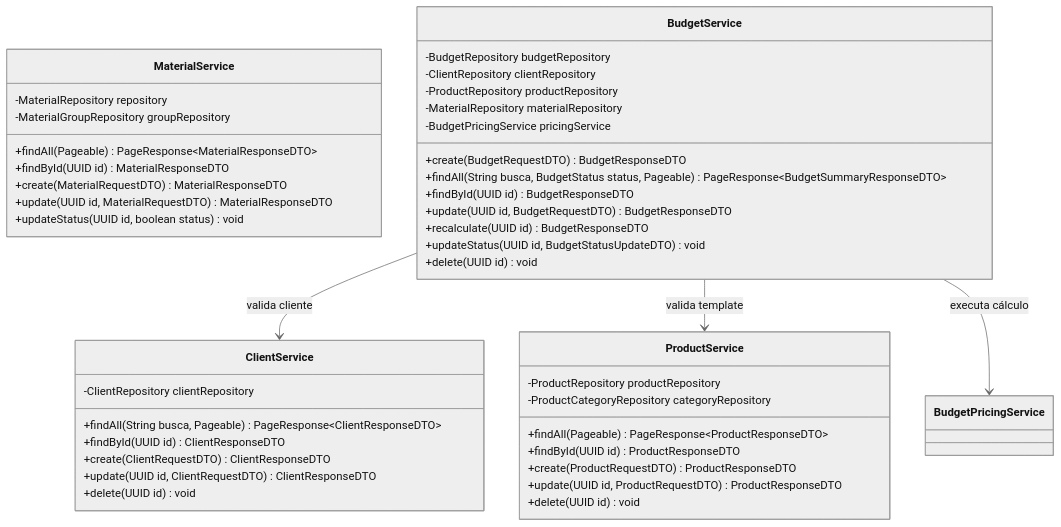
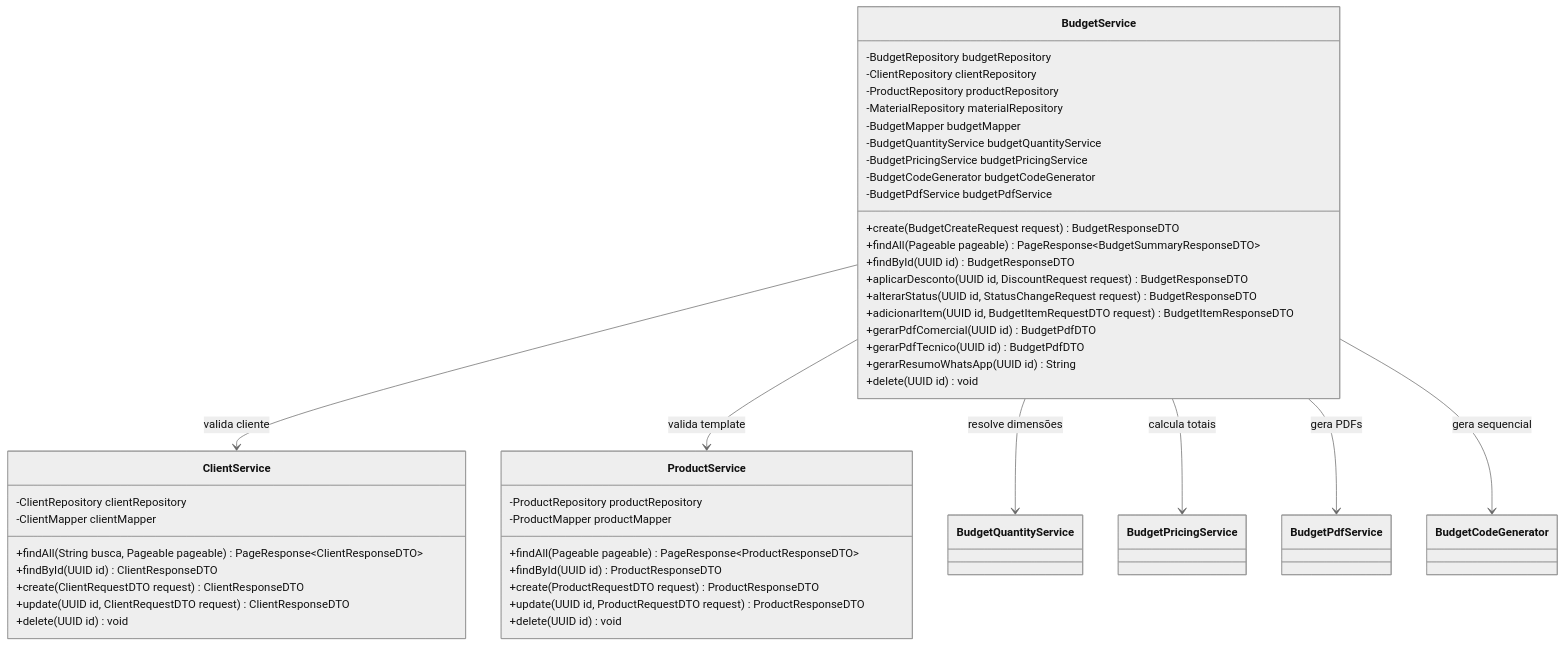
The fourth of 5 diagrams in docs/sistema/001-analise-projeto/DCC-Diagramas_de_Classes.md (ADS-IFPB-SR/alumigest), drawn with Mermaid (neutral theme) before and after one commit. The commit also changed other lines of this file and 431 other files, not shown here.

````diff
--- a/docs/sistema/001-analise-projeto/DCC-Diagramas_de_Classes.md
+++ b/docs/sistema/001-analise-projeto/DCC-Diagramas_de_Classes.md
@@ -172,50 +326,51 @@
 ```mermaid
 classDiagram
     class ClientService {
         -ClientRepository clientRepository
-        +findAll(String busca, Pageable) PageResponse~ClientResponseDTO~
+        -ClientMapper clientMapper
+        +findAll(String busca, Pageable pageable) PageResponse~ClientResponseDTO~
         +findById(UUID id) ClientResponseDTO
-        +create(ClientRequestDTO) ClientResponseDTO
-        +update(UUID id, ClientRequestDTO) ClientResponseDTO
+        +create(ClientRequestDTO request) ClientResponseDTO
+        +update(UUID id, ClientRequestDTO request) ClientResponseDTO
         +delete(UUID id) void
-    }
-
-    class MaterialService {
-        -MaterialRepository repository
-        -MaterialGroupRepository groupRepository
-        +findAll(Pageable) PageResponse~MaterialResponseDTO~
-        +findById(UUID id) MaterialResponseDTO
-        +create(MaterialRequestDTO) MaterialResponseDTO
-        +update(UUID id, MaterialRequestDTO) MaterialResponseDTO
-        +updateStatus(UUID id, boolean status) void
     }
 
     class ProductService {
         -ProductRepository productRepository
-        -ProductCategoryRepository categoryRepository
-        +findAll(Pageable) PageResponse~ProductResponseDTO~
+        -ProductMapper productMapper
+        +findAll(Pageable pageable) PageResponse~ProductResponseDTO~
         +findById(UUID id) ProductResponseDTO
-        +create(ProductRequestDTO) ProductResponseDTO
-        +update(UUID id, ProductRequestDTO) ProductResponseDTO
+        +create(ProductRequestDTO request) ProductResponseDTO
+        +update(UUID id, ProductRequestDTO request) ProductResponseDTO
         +delete(UUID id) void
     }
 
     class BudgetService {
         -BudgetRepository budgetRepository
         -ClientRepository clientRepository
         -ProductRepository productRepository
         -MaterialRepository materialRepository
-        -BudgetPricingService pricingService
-        +create(BudgetRequestDTO) BudgetResponseDTO
-        +findAll(String busca, BudgetStatus status, Pageable) PageResponse~BudgetSummaryResponseDTO~
+        -BudgetMapper budgetMapper
+        -BudgetQuantityService budgetQuantityService
+        -BudgetPricingService budgetPricingService
+        -BudgetCodeGenerator budgetCodeGenerator
+        -BudgetPdfService budgetPdfService
+        +create(BudgetCreateRequest request) BudgetResponseDTO
+        +findAll(Pageable pageable) PageResponse~BudgetSummaryResponseDTO~
         +findById(UUID id) BudgetResponseDTO
-        +update(UUID id, BudgetRequestDTO) BudgetResponseDTO
-        +recalculate(UUID id) BudgetResponseDTO
-        +updateStatus(UUID id, BudgetStatusUpdateDTO) void
+        +aplicarDesconto(UUID id, DiscountRequest request) BudgetResponseDTO
+        +alterarStatus(UUID id, StatusChangeRequest request) BudgetResponseDTO
+        +adicionarItem(UUID id, BudgetItemRequestDTO request) BudgetItemResponseDTO
+        +gerarPdfComercial(UUID id) BudgetPdfDTO
+        +gerarPdfTecnico(UUID id) BudgetPdfDTO
+        +gerarResumoWhatsApp(UUID id) String
         +delete(UUID id) void
     }
 
     BudgetService --> ClientService : valida cliente
     BudgetService --> ProductService : valida template
-    BudgetService --> BudgetPricingService : executa cálculo
+    BudgetService --> BudgetQuantityService : resolve dimensões
+    BudgetService --> BudgetPricingService : calcula totais
+    BudgetService --> BudgetPdfService : gera PDFs
+    BudgetService --> BudgetCodeGenerator : gera sequencial
 ```
````
